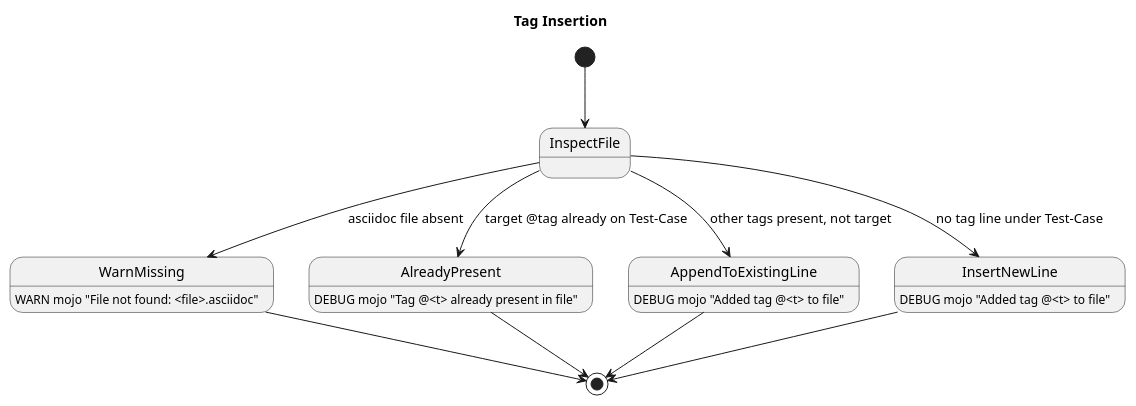
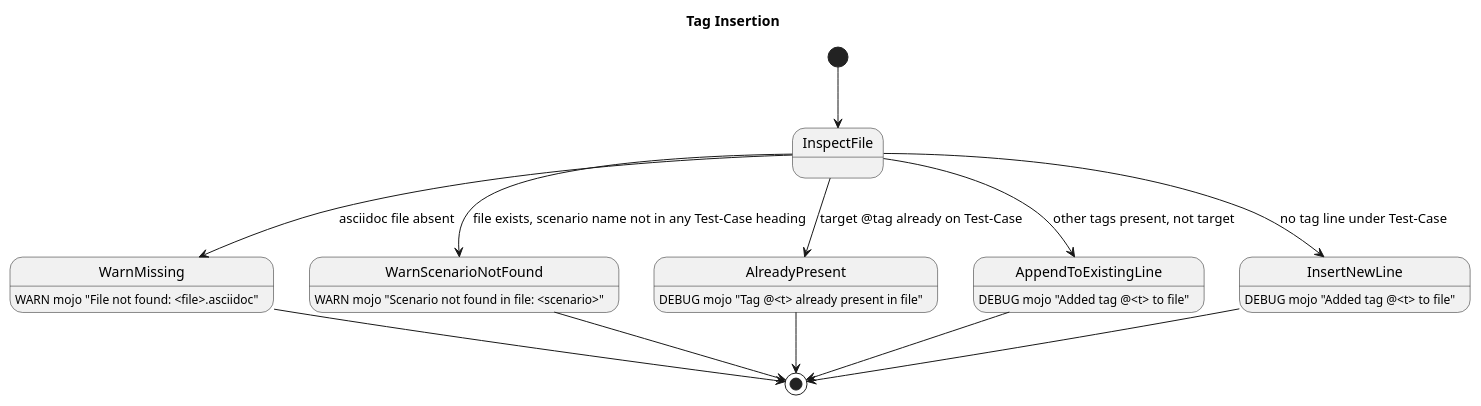
One commit to farhan5248/sheep-dog-qa changed the sixth of 14 diagrams in sheep-dog-features/src/test/resources/asciidoc/specs/Darmok/model.md. Above: the diagram before and after it, drawn with PlantUML. The commit also changed other lines of this file and 2 other files, not shown here.

Commit message:
Coverage: DarmokMojo addTagToAsciidoc branches

````diff
--- a/sheep-dog-features/src/test/resources/asciidoc/specs/Darmok/model.md
+++ b/sheep-dog-features/src/test/resources/asciidoc/specs/Darmok/model.md
@@ -228,22 +228,25 @@
 ```plantuml
 @startuml
 title Tag Insertion
 
 [*] --> InspectFile
 InspectFile --> WarnMissing          : asciidoc file absent
+InspectFile --> WarnScenarioNotFound : file exists, scenario name not in any Test-Case heading
 InspectFile --> AlreadyPresent       : target @tag already on Test-Case
 InspectFile --> AppendToExistingLine : other tags present, not target
 InspectFile --> InsertNewLine        : no tag line under Test-Case
 
 WarnMissing          : WARN mojo "File not found: <file>.asciidoc"
+WarnScenarioNotFound : WARN mojo "Scenario not found in file: <scenario>"
 AlreadyPresent       : DEBUG mojo "Tag @<t> already present in file"
 AppendToExistingLine : DEBUG mojo "Added tag @<t> to file"
 InsertNewLine        : DEBUG mojo "Added tag @<t> to file"
 
 WarnMissing          --> [*]
+WarnScenarioNotFound --> [*]
 AlreadyPresent       --> [*]
 AppendToExistingLine --> [*]
 InsertNewLine        --> [*]
 
 @enduml
 ```
````
